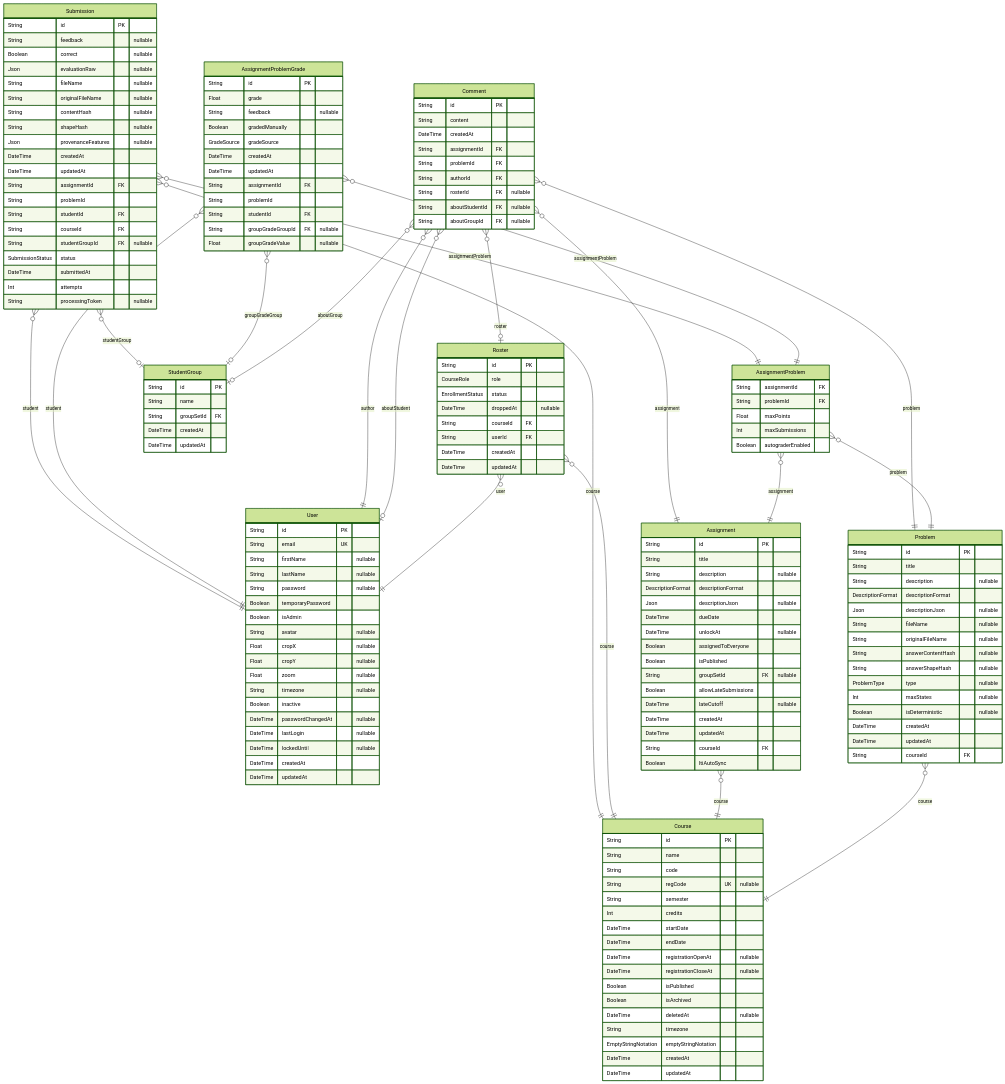
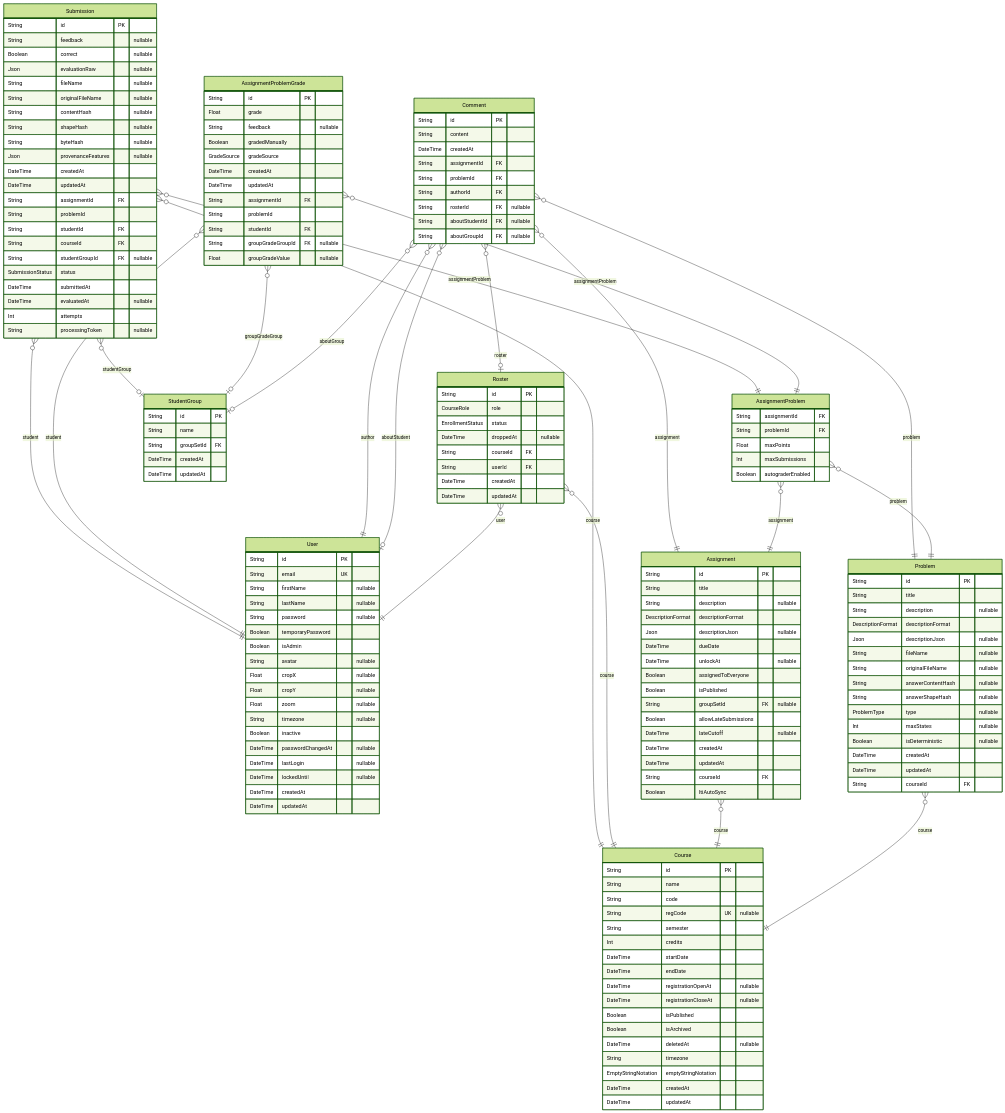
The fifth of 6 diagrams in docs-site/docs/reference/database-schema.md (PennStateCS/AFCT), drawn with Mermaid (forest theme) before and after one commit. The commit also changed other lines of this file and 46 other files, not shown here.

```diff
--- a/docs-site/docs/reference/database-schema.md
+++ b/docs-site/docs/reference/database-schema.md
@@ -1228,6 +1228,7 @@
   String originalFileName "nullable"
   String contentHash "nullable"
   String shapeHash "nullable"
+  String byteHash "nullable"
   Json provenanceFeatures "nullable"
   DateTime createdAt
   DateTime updatedAt
@@ -1238,6 +1239,7 @@
   String studentGroupId FK "nullable"
   SubmissionStatus status
   DateTime submittedAt
+  DateTime evaluatedAt "nullable"
   Int attempts
   String processingToken "nullable"
 }
```
